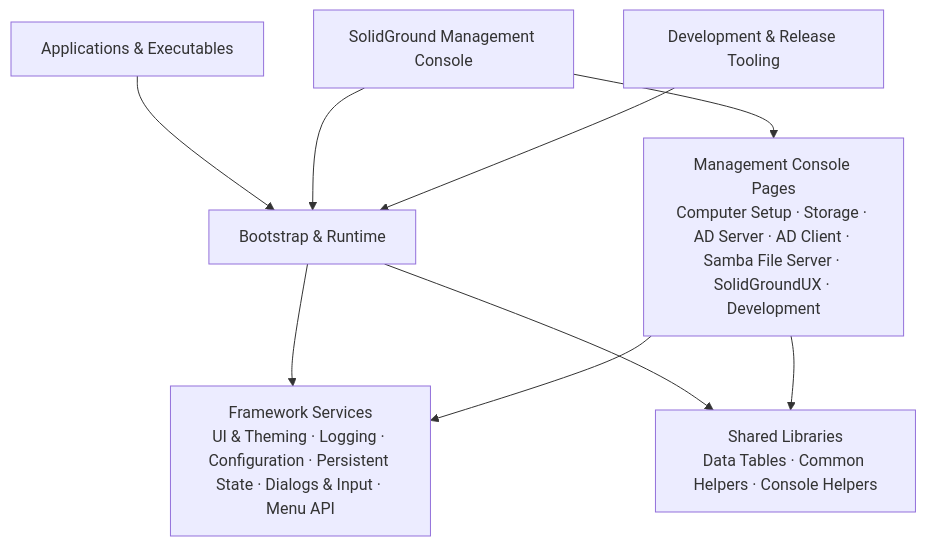
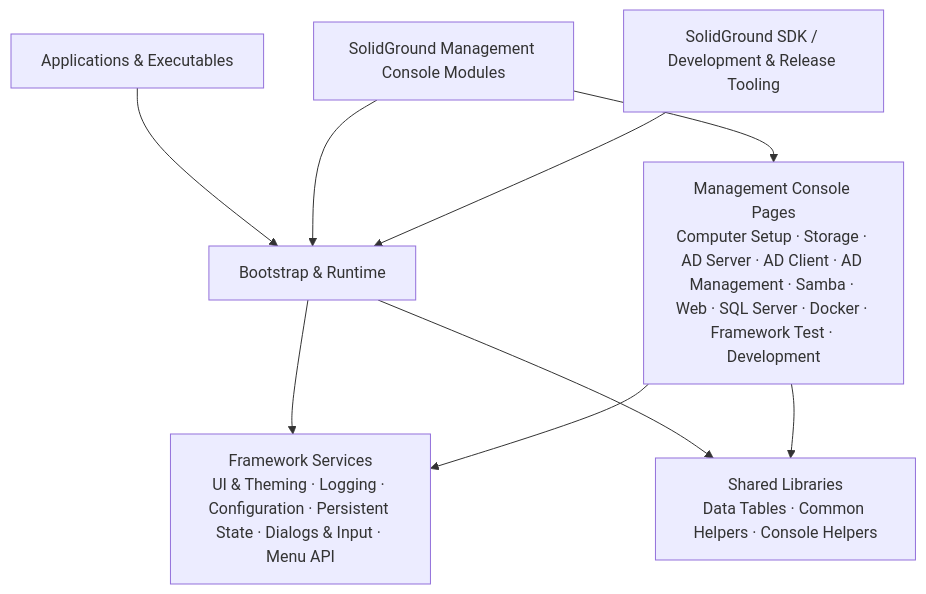
One commit to Testadura-Consultancy/SolidgroundUX changed the diagram in README.md. Above: the diagram before and after it, drawn with Mermaid. The commit also changed other lines of this file and 61 other files, not shown here.

````diff
--- a/README.md
+++ b/README.md
@@ -82,24 +82,24 @@
 ```mermaid
 flowchart TB
 
     APP["Applications & Executables"]
-    CONSOLE["SolidGround Management Console"]
-    TOOLING["Development & Release Tooling"]
+    CONSOLE["SolidGround Management Console Modules"]
+    TOOLING["SolidGround SDK / Development & Release Tooling"]
 
     RUNTIME["Bootstrap & Runtime"]
 
     SERVICES["Framework Services<br/>UI & Theming · Logging · Configuration · Persistent State · Dialogs & Input · Menu API"]
     LIBS["Shared Libraries<br/>Data Tables · Common Helpers · Console Helpers"]
-    PAGES["Management Console Pages<br/>Computer Setup · Storage · AD Server · AD Client · Samba File Server · SolidGroundUX · Development"]
+    PAGES["Management Console Pages<br/>Computer Setup · Storage · AD Server · AD Client · AD Management · Samba · Web · SQL Server · Docker · Framework Test · Development"]
 
     APP --> RUNTIME
     CONSOLE --> RUNTIME
     TOOLING --> RUNTIME
 
     RUNTIME --> SERVICES
     RUNTIME --> LIBS
 
     CONSOLE --> PAGES
     PAGES --> SERVICES
     PAGES --> LIBS
 ```
````
